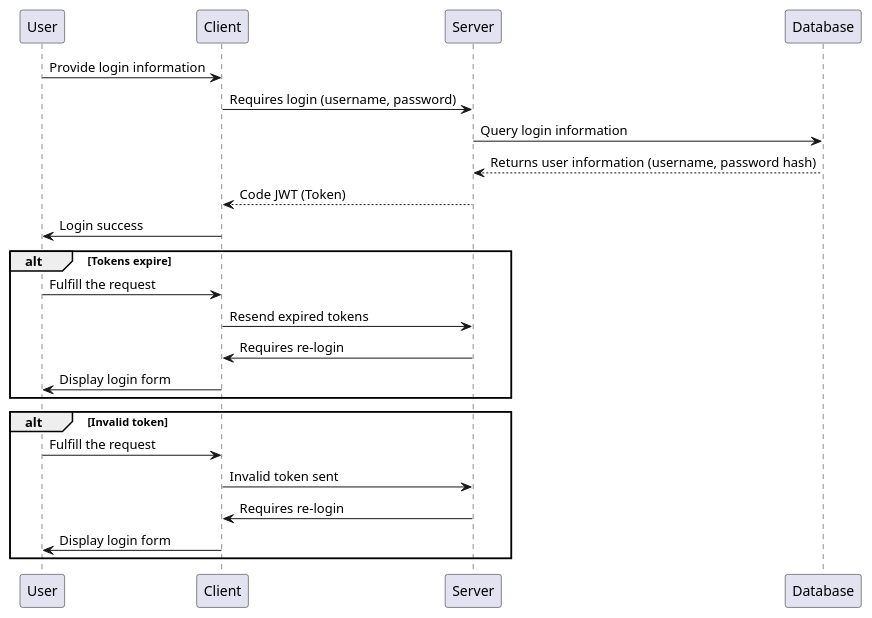
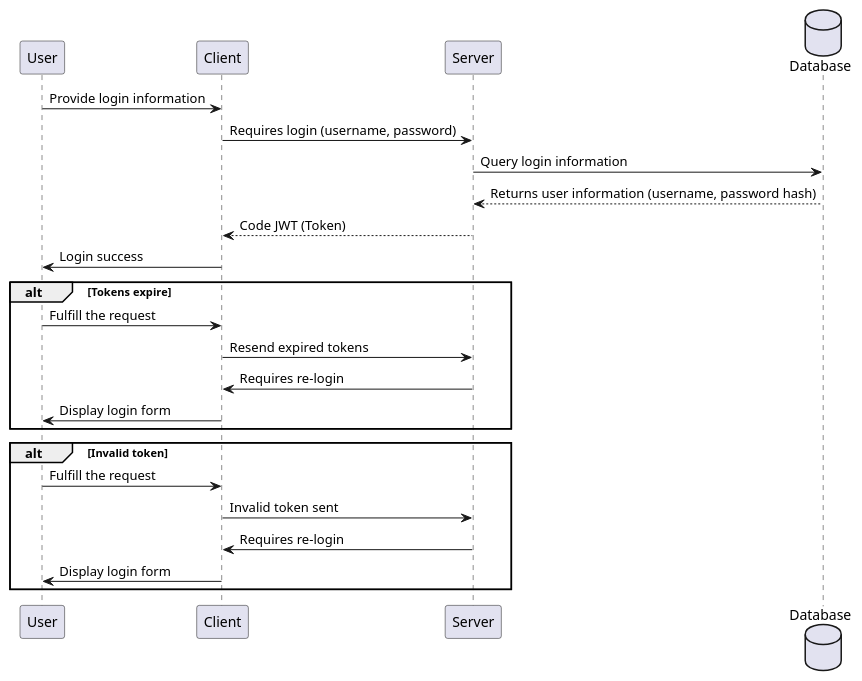
Before and after one commit to sen2012/back-end-web: the diagram in docs/sequence/user/login.plantuml, drawn with PlantUML. The commit also changed 23 other files, not shown here.

Commit message:
[feat] category, sequence

```diff
--- a/docs/sequence/user/login.plantuml
+++ b/docs/sequence/user/login.plantuml
@@ -1,28 +1,28 @@
 @startuml
 participant User
 participant Client
 participant Server
-participant Database
+database Database
 
 User -> Client: Provide login information
 Client -> Server: Requires login (username, password)
 Server -> Database: Query login information
 Database --> Server: Returns user information (username, password hash)
 Server --> Client: Code JWT (Token)
 Client -> User: Login success
 
 alt Tokens expire
     User -> Client: Fulfill the request
     Client -> Server: Resend expired tokens
     Server -> Client: Requires re-login
     Client -> User: Display login form
 end
 
 alt Invalid token
     User -> Client: Fulfill the request
     Client -> Server: Invalid token sent
     Server -> Client: Requires re-login
     Client -> User: Display login form
 end
 
 @enduml
```
